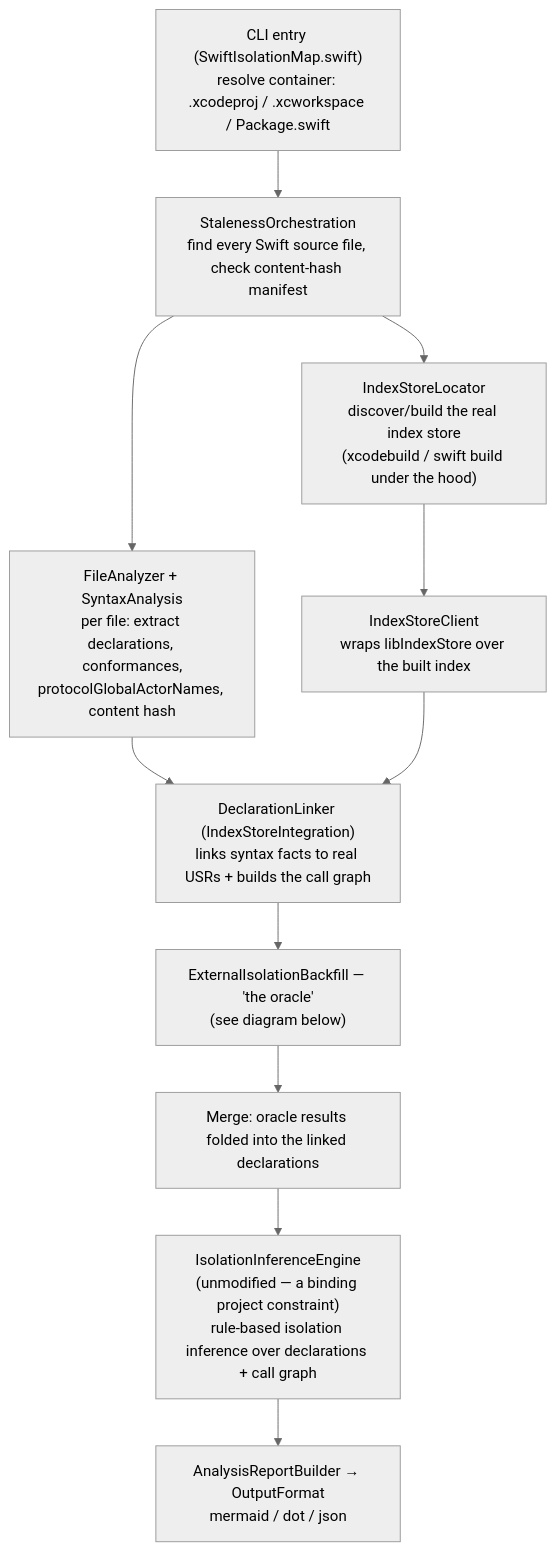
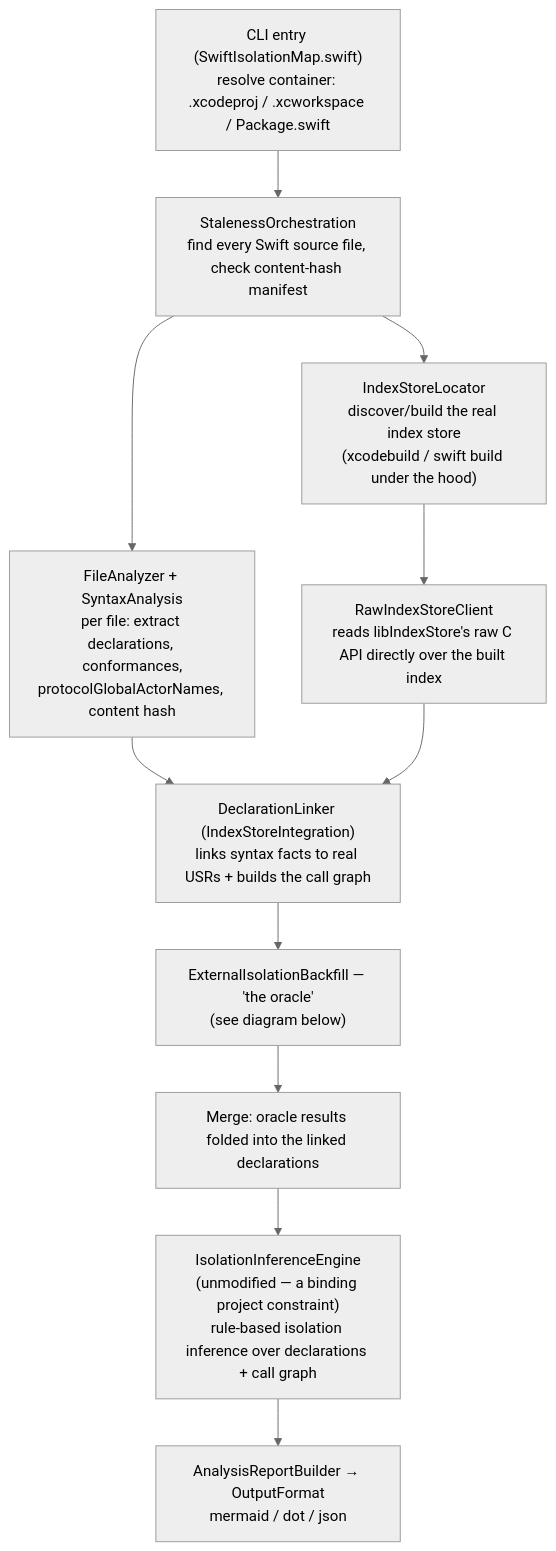
The first of 2 diagrams in docs/README.md (btctcn/swift-isolation-map), drawn with Mermaid (neutral theme) before and after one commit. The commit also changed 2 other files, not shown here.

Commit message:
Fix docs still describing IndexStoreDB as the current index reader (#72)
Real production code has used RawIndexStoreClient (raw libIndexStore C API)
as the default index reader since docs/task-raw-indexstore-spike.md shipped;
IndexStoreDB itself is only kept for IndexStoreClient's A/B correctness
comparison in tests. Three places still described or implied IndexStoreDB
was the current mechanism:

- docs/README.md's pipeline diagram named the node "IndexStoreClient" while
  describing RawIndexStoreClient's own mechanism ("wraps libIndexStore") --
  a hybrid of the old component's name and the new one's behavior.
- docs/architecture.md's own "What's changed since this was written" preface
  (six gaps already tracked) didn't mention this migration at all -- item 1
  still said "callGraph (IndexStoreDB), exactly as specified." Added a 7th
  item.
- docs/external-dependency-boundaries.md's reasoning about call-graph edges
  for precompiled dependencies cited "IndexStoreDB's call graph" by name;
  the underlying argument is unaffected by which client reads the index
  (both read the same on-disk store), but the terminology was stale.

````diff
--- a/docs/README.md
+++ b/docs/README.md
@@ -27,13 +27,13 @@
 ```mermaid
 flowchart TD
     A["CLI entry (SwiftIsolationMap.swift)<br/>resolve container: .xcodeproj / .xcworkspace / Package.swift"] --> B
     B["StalenessOrchestration<br/>find every Swift source file, check content-hash manifest"] --> C
     C["FileAnalyzer + SyntaxAnalysis<br/>per file: extract declarations, conformances,<br/>protocolGlobalActorNames, content hash"] --> E
     B --> D["IndexStoreLocator<br/>discover/build the real index store<br/>(xcodebuild / swift build under the hood)"]
-    D --> DB["IndexStoreClient<br/>wraps libIndexStore over the built index"]
+    D --> DB["RawIndexStoreClient<br/>reads libIndexStore's raw C API directly over the built index"]
     DB --> E["DeclarationLinker (IndexStoreIntegration)<br/>links syntax facts to real USRs + builds the call graph"]
     E --> F["ExternalIsolationBackfill — 'the oracle'<br/>(see diagram below)"]
     F --> G["Merge: oracle results folded into the linked declarations"]
     G --> H["IsolationInferenceEngine<br/>(unmodified — a binding project constraint)<br/>rule-based isolation inference over declarations + call graph"]
     H --> I["AnalysisReportBuilder → OutputFormat<br/>mermaid / dot / json"]
 ```
````
